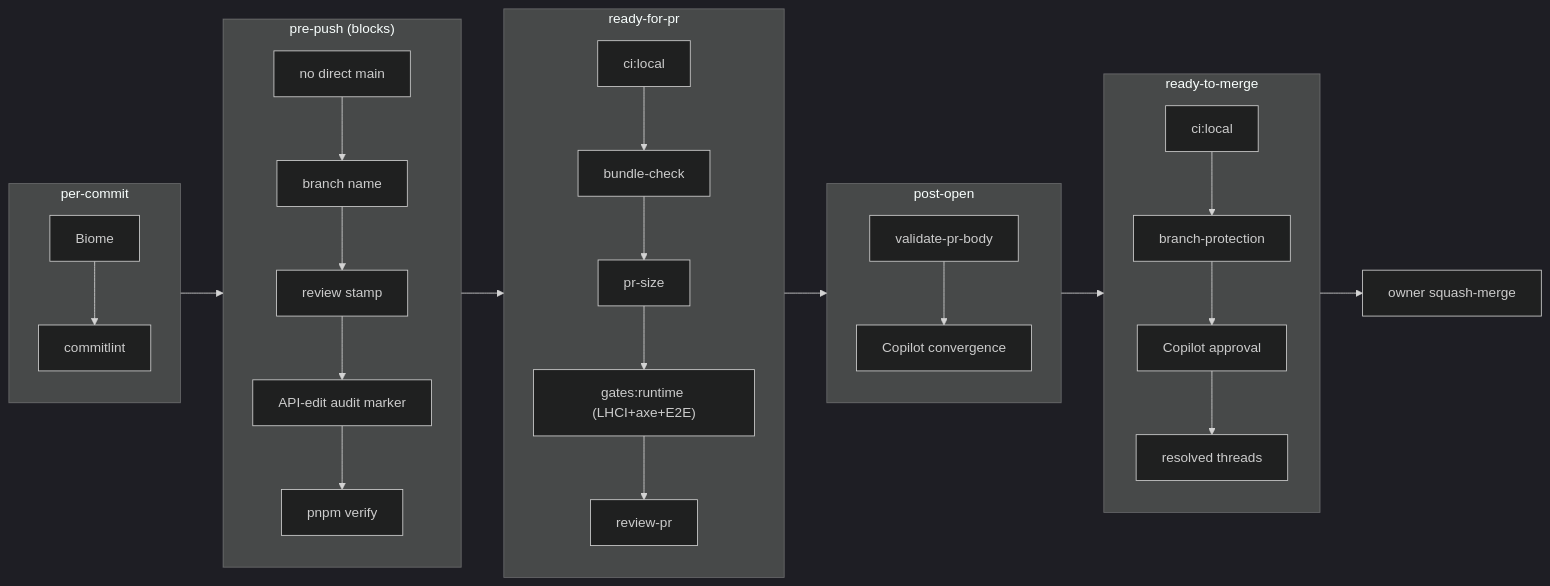
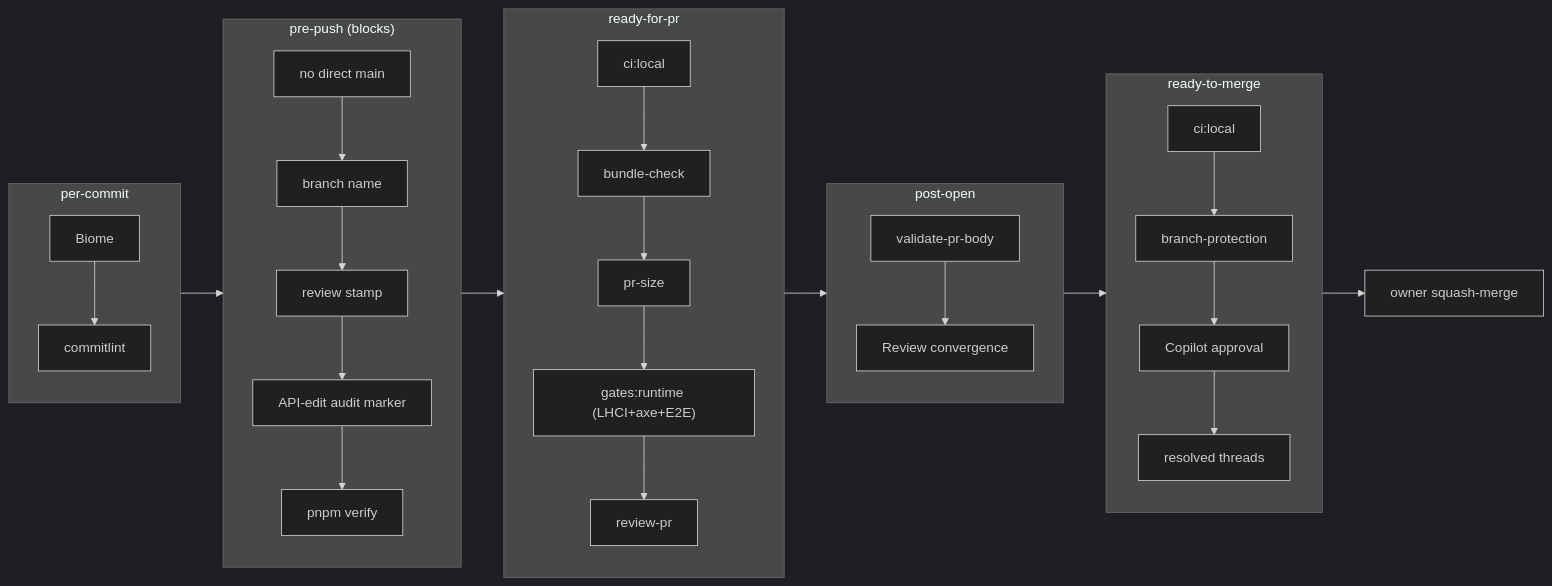
Before and after one commit to erikunha/portfolio: the second of 2 diagrams in docs/handbook/development-lifecycle.md, drawn with Mermaid (dark theme). The commit also changed other lines of this file and 13 other files, not shown here.

First line of the commit message:
ci(review): make /claude-review post real inline comments; rename convergence skill (#141)

````diff
--- a/docs/handbook/development-lifecycle.md
+++ b/docs/handbook/development-lifecycle.md
@@ -69,19 +69,19 @@
 ```mermaid
 flowchart LR
     subgraph commit["per-commit"]
         g1["Biome"] --> g2["commitlint"]
     end
     subgraph prepush["pre-push (blocks)"]
         g3["no direct main"] --> g4["branch name"] --> g5["review stamp"] --> g6["API-edit audit marker"] --> g7["pnpm verify"]
     end
     subgraph prepr["ready-for-pr"]
         g8["ci:local"] --> g9["bundle-check"] --> g10["pr-size"] --> g11["gates:runtime (LHCI+axe+E2E)"] --> g12["review-pr"]
     end
     subgraph open["post-open"]
-        g13["validate-pr-body"] --> g14["Copilot convergence"]
+        g13["validate-pr-body"] --> g14["Review convergence"]
     end
     subgraph premerge["ready-to-merge"]
         g15["ci:local"] --> g16["branch-protection"] --> g17["Copilot approval"] --> g18["resolved threads"]
     end
     commit --> prepush --> prepr --> open --> premerge --> merge["owner squash-merge"]
 ```
````
